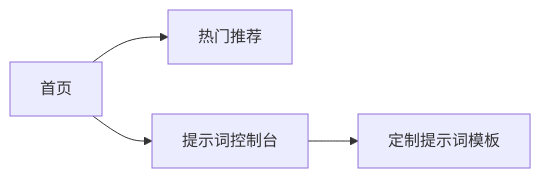
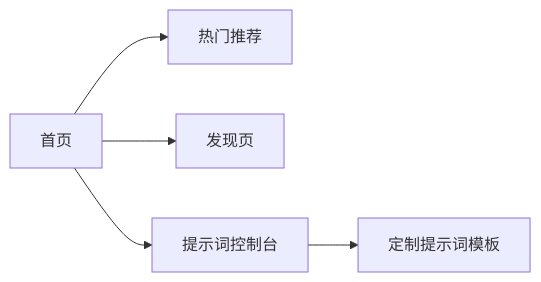
One commit to neverbiasu/chat-ai-nav changed the diagram in docs/Product.md. Above: the diagram before and after it, drawn with Mermaid. The commit also changed other lines of this file and 1 other file, not shown here.

````diff
--- a/docs/Product.md
+++ b/docs/Product.md
@@ -47,6 +46,7 @@
 ```mermaid
 graph LR
     A[首页] --> B[热门推荐]
-    A --> C[提示词控制台]
-    C --> D[定制提示词模板]
+    A --> C[发现页]
+    A --> D[提示词控制台]
+    D --> E[定制提示词模板]
 ```
````
